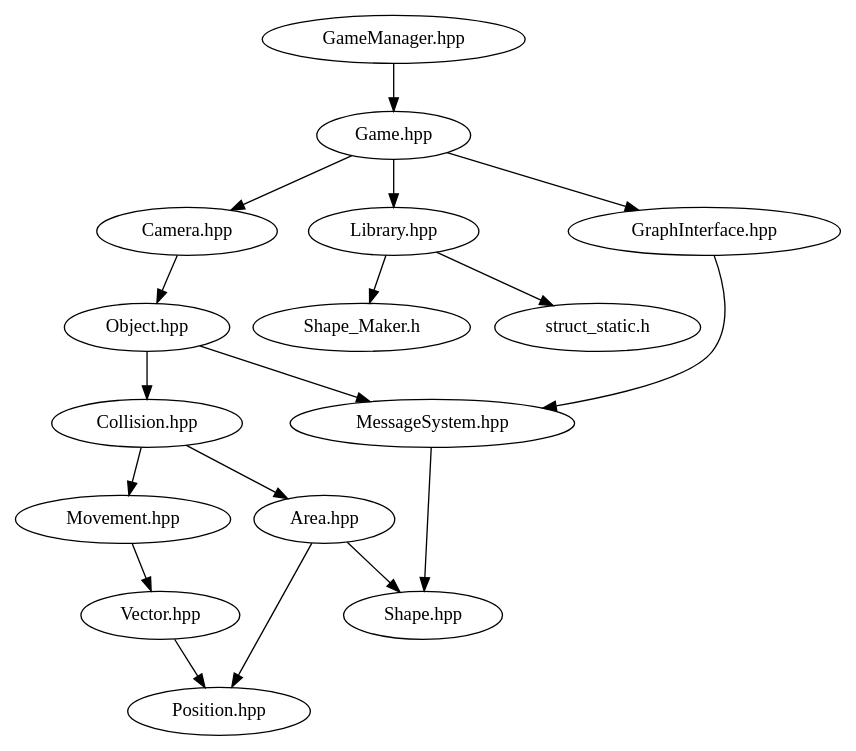
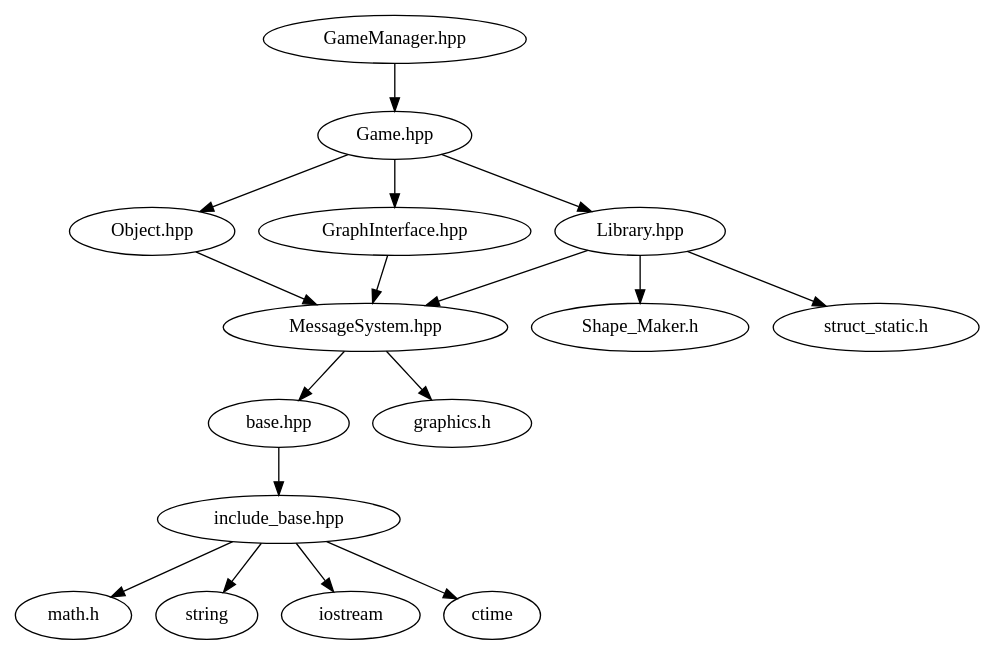
Before and after one commit to Kuuhaku31/KH_EX_SakanaM_T: the diagram in KH_EX_SakanaM_T/include/includes.dot, drawn with Graphviz. The commit also changed 58 other files, not shown here.

```diff
--- a/KH_EX_SakanaM_T/include/includes.dot
+++ b/KH_EX_SakanaM_T/include/includes.dot
@@ -1,19 +1,18 @@
 digraph G {
-    "Area.hpp" -> "Position.hpp";
-    "Area.hpp" -> "Shape.hpp";
-    "Collision.hpp" -> "Movement.hpp";
-    "Collision.hpp" -> "Area.hpp";
-    "Movement.hpp" -> "Vector.hpp";
-    "Vector.hpp" -> "Position.hpp";
-    "Camera.hpp" -> "Object.hpp";
-    "Object.hpp" -> "Collision.hpp";
+    "base.hpp" -> "include_base.hpp";
+    "include_base.hpp" -> "math.h";
+    "include_base.hpp" -> "string";
+    "include_base.hpp" -> "iostream";
+    "include_base.hpp" -> "ctime";
     "Object.hpp" -> "MessageSystem.hpp";
     "Game.hpp" -> "Library.hpp";
-    "Game.hpp" -> "Camera.hpp";
+    "Game.hpp" -> "Object.hpp";
     "Game.hpp" -> "GraphInterface.hpp";
     "GameManager.hpp" -> "Game.hpp";
     "GraphInterface.hpp" -> "MessageSystem.hpp";
+    "Library.hpp" -> "MessageSystem.hpp";
     "Library.hpp" -> "Shape_Maker.h";
     "Library.hpp" -> "struct_static.h";
-    "MessageSystem.hpp" -> "Shape.hpp";
+    "MessageSystem.hpp" -> "base.hpp";
+    "MessageSystem.hpp" -> "graphics.h";
 }
```
